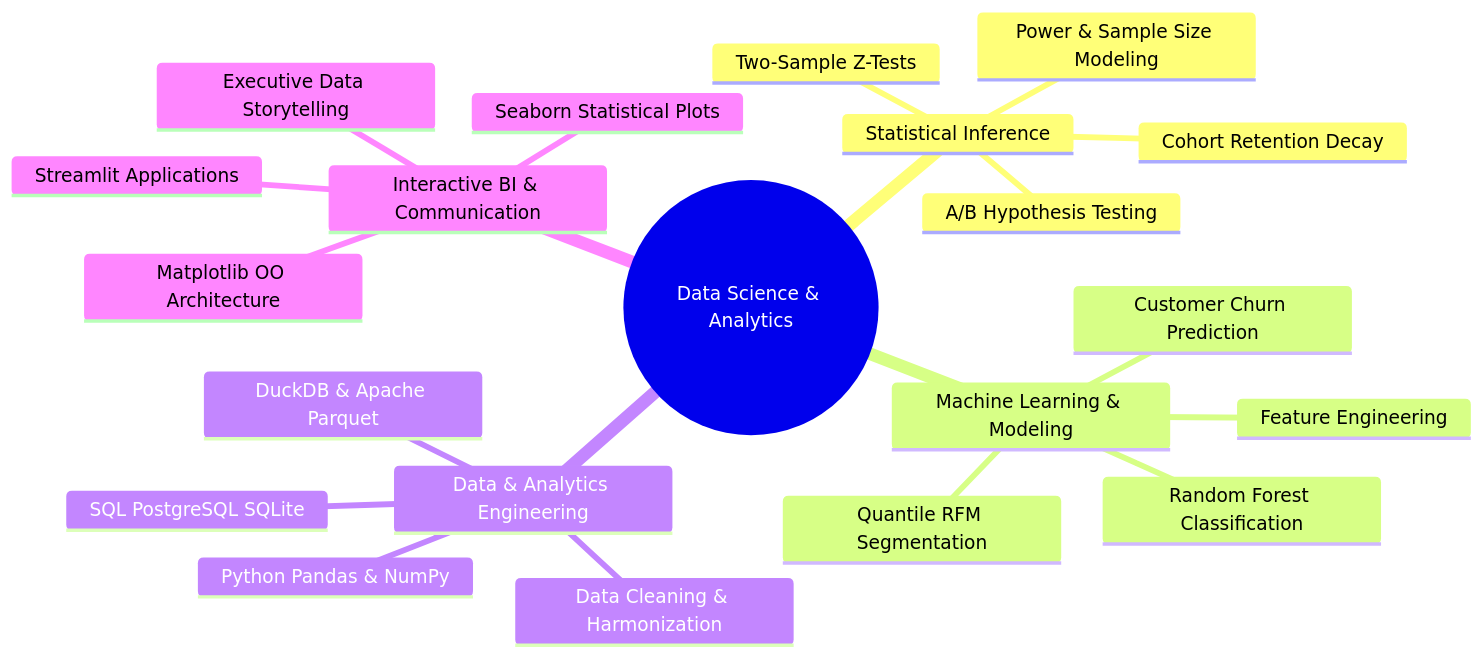
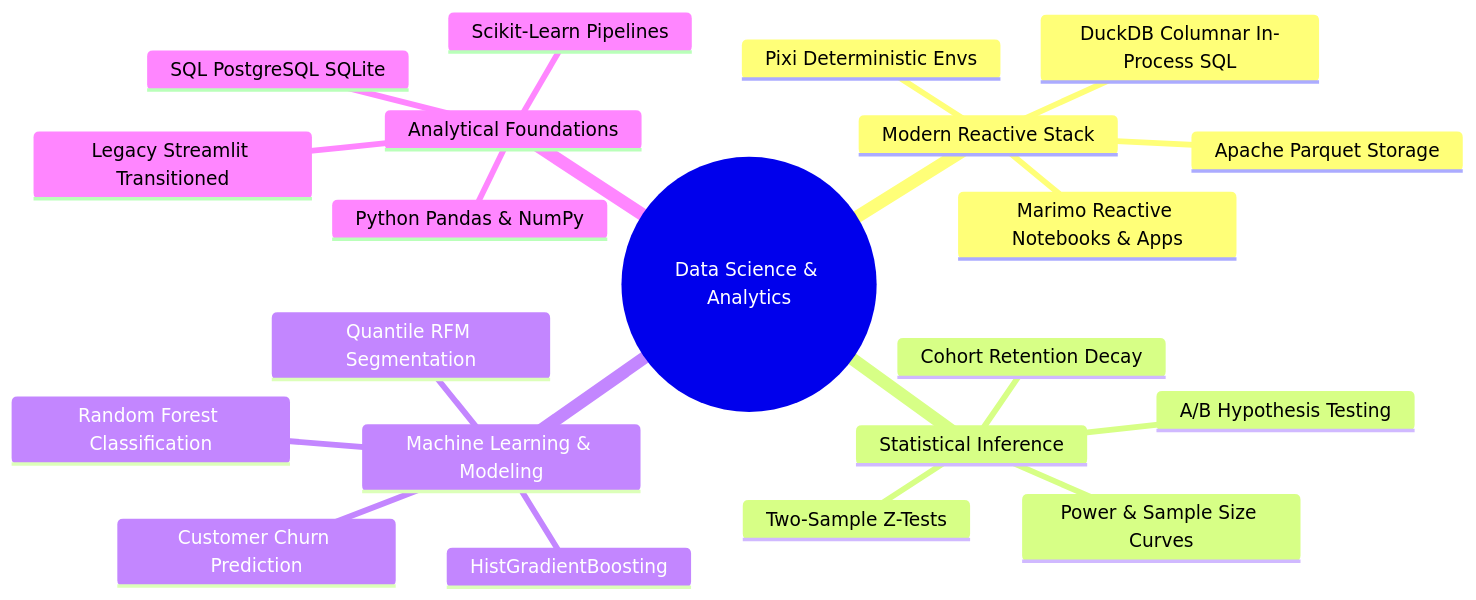
Before and after one commit to haydermuhib/haydermuhib: the diagram in README.md, drawn with Mermaid. The commit also changed other lines of this file, not shown here.

Commit message:
feat: integrate Marimo and Pixi modern stack paradigm and add CardioPulse flagship

````diff
--- a/README.md
+++ b/README.md
@@ -25,24 +27,24 @@
 ```mermaid
 mindmap
   root((Data Science & Analytics))
+    Modern Reactive Stack
+      Marimo Reactive Notebooks & Apps
+      Pixi Deterministic Envs
+      DuckDB Columnar In-Process SQL
+      Apache Parquet Storage
     Statistical Inference
       A/B Hypothesis Testing
       Two-Sample Z-Tests
-      Power & Sample Size Modeling
+      Power & Sample Size Curves
       Cohort Retention Decay
     Machine Learning & Modeling
+      HistGradientBoosting
       Random Forest Classification
       Customer Churn Prediction
       Quantile RFM Segmentation
-      Feature Engineering
-    Data & Analytics Engineering
+    Analytical Foundations
       Python Pandas & NumPy
+      Scikit-Learn Pipelines
       SQL PostgreSQL SQLite
-      DuckDB & Apache Parquet
-      Data Cleaning & Harmonization
-    Interactive BI & Communication
-      Streamlit Applications
-      Matplotlib OO Architecture
-      Seaborn Statistical Plots
-      Executive Data Storytelling
+      Legacy Streamlit Transitioned
 ```
````
